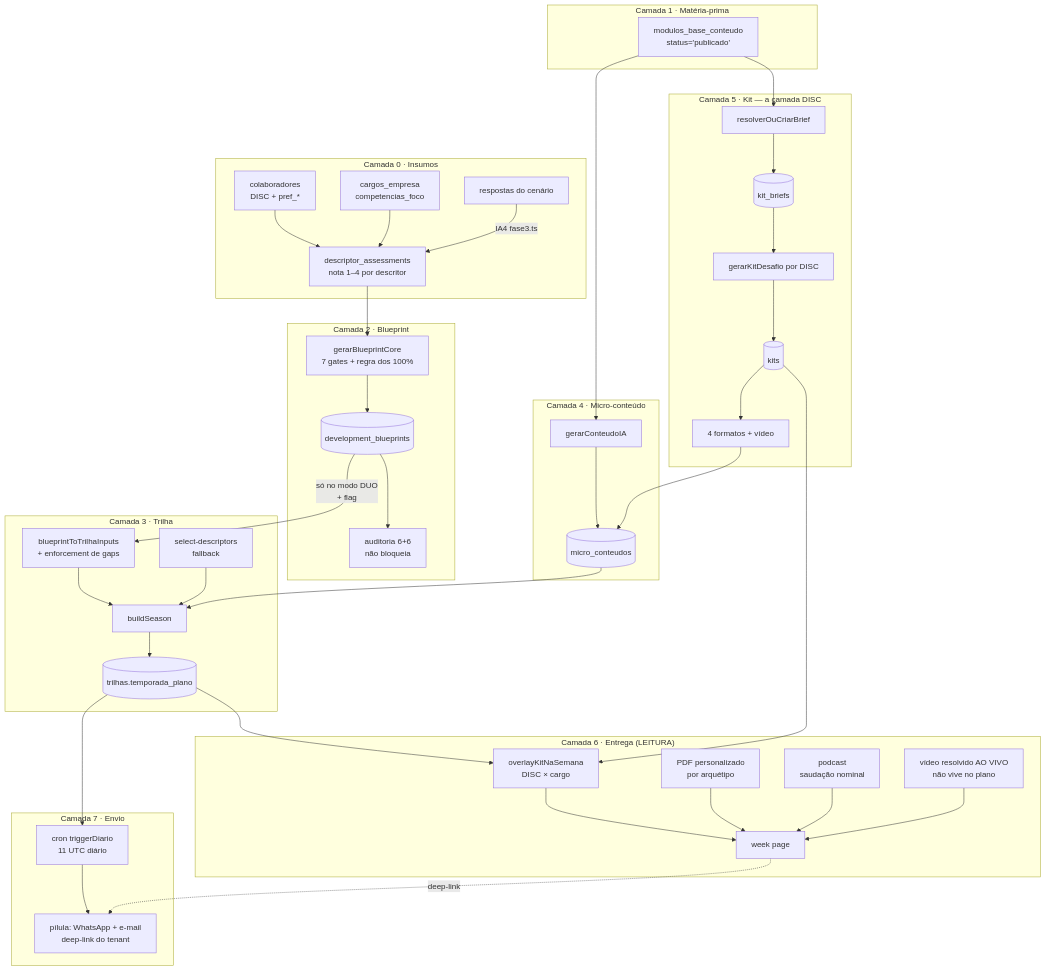
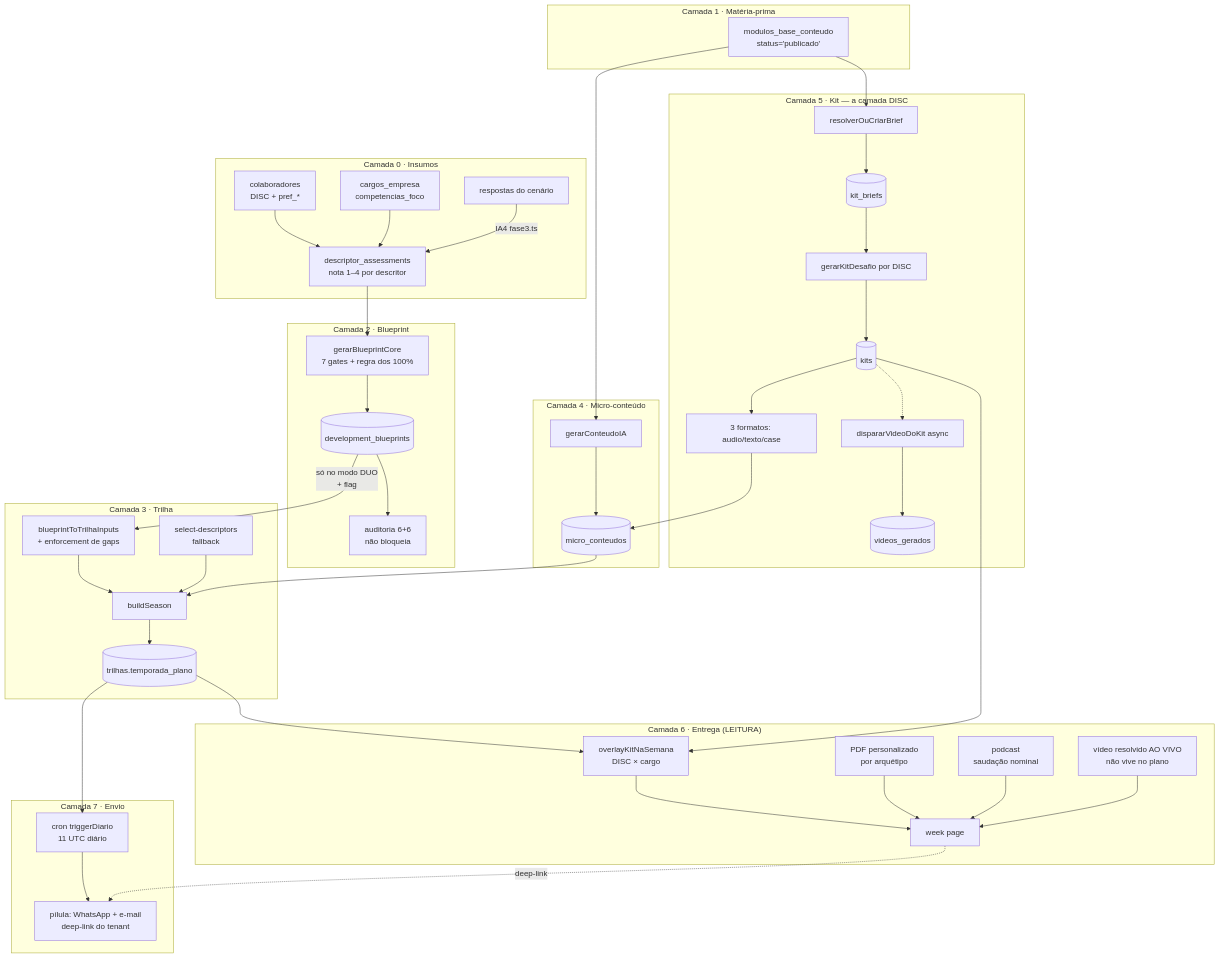
Before and after one commit to vertho-app/vertho-app: the diagram in docs/PIPELINE-TRILHA.md, drawn with Mermaid. The commit also changed other lines of this file and 2 other files, not shown here.

````diff
--- a/docs/PIPELINE-TRILHA.md
+++ b/docs/PIPELINE-TRILHA.md
@@ -24,46 +24,47 @@
 ```mermaid
 flowchart TB
     subgraph C0["Camada 0 · Insumos"]
         A1[colaboradores<br/>DISC + pref_*] --> A4
         A2[cargos_empresa<br/>competencias_foco] --> A4
         A3[respostas do cenário] -->|IA4 fase3.ts| A4[descriptor_assessments<br/>nota 1–4 por descritor]
     end
     subgraph C1["Camada 1 · Matéria-prima"]
         B1[modulos_base_conteudo<br/>status='publicado']
     end
     A4 --> D1
     subgraph C2["Camada 2 · Blueprint"]
         D1[gerarBlueprintCore<br/>7 gates + regra dos 100%] --> D2[(development_blueprints)]
         D2 --> D3[auditoria 6+6<br/>não bloqueia]
     end
     D2 -->|só no modo DUO<br/>+ flag| E1
     subgraph C3["Camada 3 · Trilha"]
         E1[blueprintToTrilhaInputs<br/>+ enforcement de gaps] --> E2[buildSeason]
         E0[select-descriptors<br/>fallback] --> E2
         E2 --> E3[(trilhas.temporada_plano)]
     end
     B1 --> F1
     subgraph C4["Camada 4 · Micro-conteúdo"]
         F1[gerarConteudoIA] --> F2[(micro_conteudos)]
     end
     F2 --> E2
     B1 --> G1
     subgraph C5["Camada 5 · Kit — a camada DISC"]
         G1[resolverOuCriarBrief] --> G2[(kit_briefs)]
         G2 --> G3[gerarKitDesafio por DISC] --> G4[(kits)]
-        G4 --> G5[4 formatos + vídeo] --> F2
+        G4 --> G5[3 formatos: audio/texto/case] --> F2
+        G4 -.-> G6[dispararVideoDoKit async] --> G7[(videos_gerados)]
     end
     subgraph C6["Camada 6 · Entrega (LEITURA)"]
         H1[overlayKitNaSemana<br/>DISC × cargo] --> H2[week page]
         H3[PDF personalizado<br/>por arquétipo] --> H2
         H4[podcast<br/>saudação nominal] --> H2
         H5[vídeo resolvido AO VIVO<br/>não vive no plano] --> H2
     end
     E3 --> H1
     G4 --> H1
     subgraph C7["Camada 7 · Envio"]
         I1[cron triggerDiario<br/>11 UTC diário] --> I2[pílula: WhatsApp + e-mail<br/>deep-link do tenant]
     end
     E3 --> I1
     H2 -.deep-link.-> I2
 ```
````
